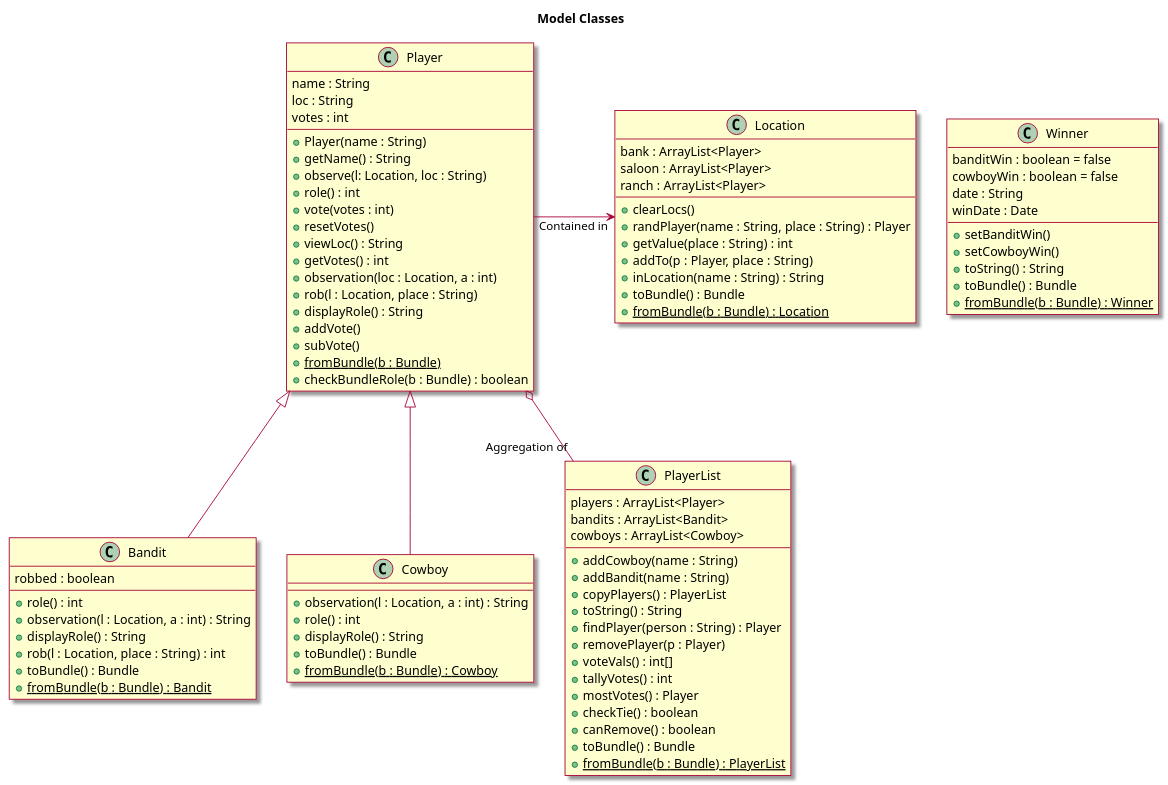
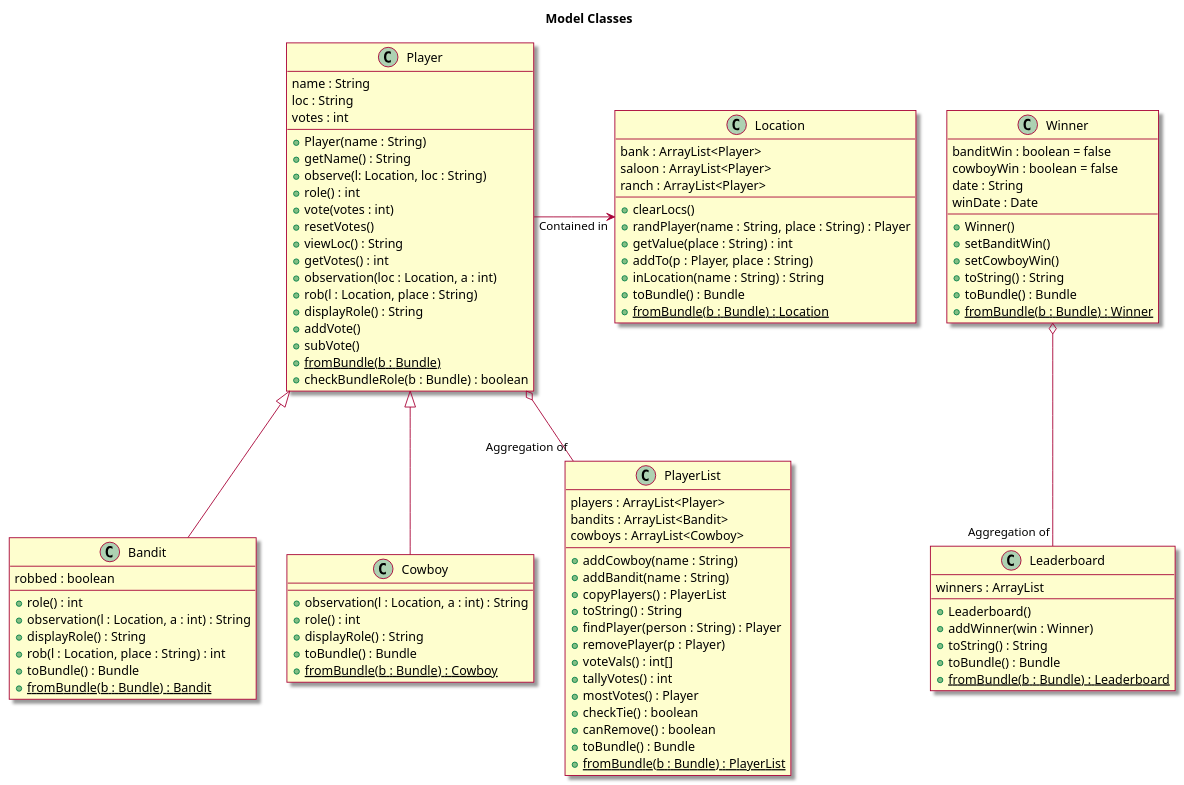
The sixth of 8 diagrams in intellij/doc/design.md (DeannaLC/AndroidProject), drawn with PlantUML before and after one commit. The commit also changed other lines of this file and 20 other files, not shown here.

Commit message:
more javadoc, diagrams updated, readme updated

```diff
--- a/intellij/doc/design.md
+++ b/intellij/doc/design.md
@@ -271,6 +361,7 @@
 date : String
 winDate : Date
 --
++Winner()
 +setBanditWin()
 +setCowboyWin()
 +toString() : String
@@ -278,6 +369,17 @@
 {static} +fromBundle(b : Bundle) : Winner
 }
 
+class Leaderboard{
+winners : ArrayList
+--
++Leaderboard()
++addWinner(win : Winner)
++toString() : String
++toBundle() : Bundle
+{static} +fromBundle(b : Bundle) : Leaderboard
+}
+
+Winner o-- "Aggregation of" Leaderboard: \t\t
 Player o-- "Aggregation of" PlayerList: \t\t
 Player -> "Contained in" Location: \t\t
 Player <|-- Bandit
```
